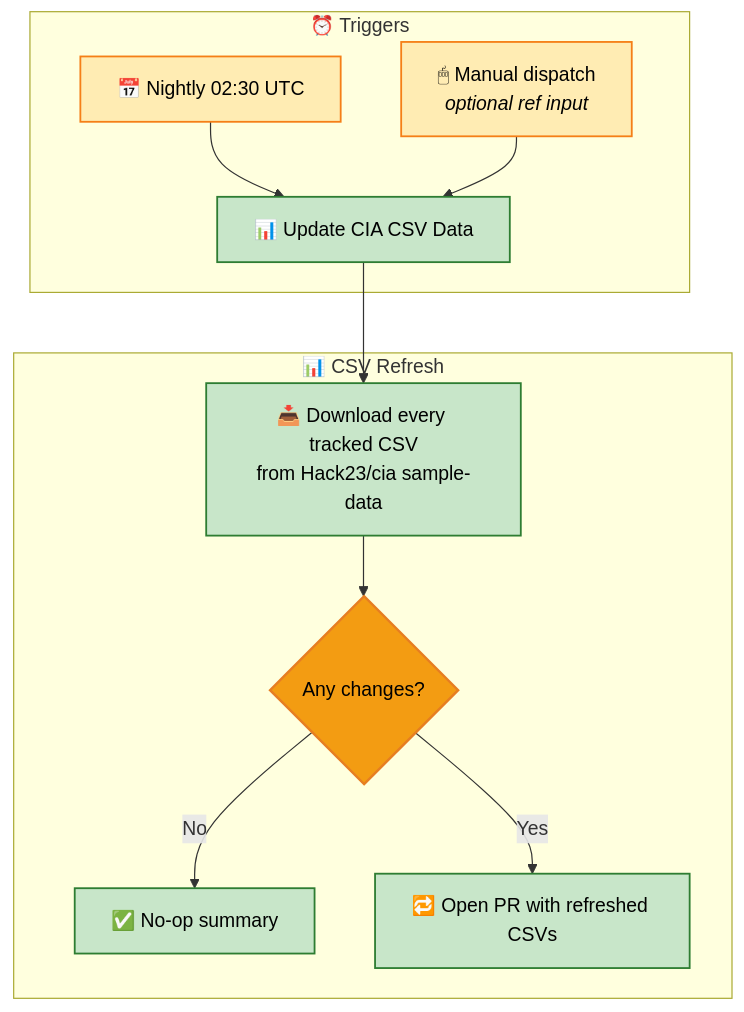
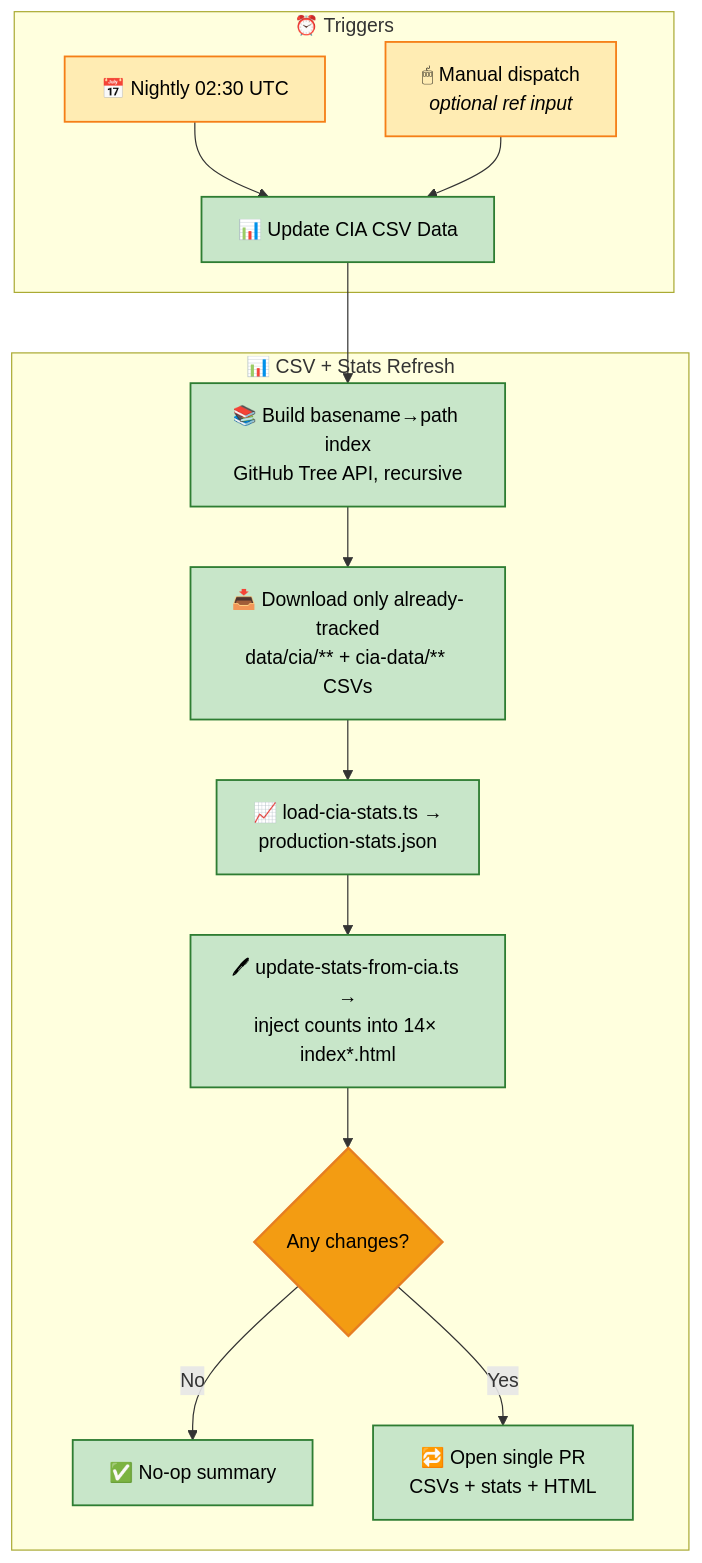
Before and after one commit to Hack23/riksdagsmonitor: the ninth of 13 diagrams in WORKFLOWS.md, drawn with Mermaid. The commit also changed other lines of this file and 2 other files, not shown here.

Commit message:
workflow(cia): recursive upstream index + stats refresh; fix docs
Agent-Logs-Url: https://github.com/Hack23/riksdagsmonitor/sessions/721241c4-d5d4-45e3-9f15-1af6ede13096

````diff
--- a/WORKFLOWS.md
+++ b/WORKFLOWS.md
@@ -661,22 +661,25 @@
 ```mermaid
 flowchart TD
     subgraph "⏰ Triggers"
         Nightly[📅 Nightly 02:30 UTC] --> Refresh[📊 Update CIA CSV Data]
         Manual[🖱 Manual dispatch<br/><i>optional ref input</i>] --> Refresh
     end
 
-    subgraph "📊 CSV Refresh"
-        Refresh --> Download[📥 Download every tracked CSV<br/>from Hack23/cia sample-data]
-        Download --> Diff{Any changes?}
+    subgraph "📊 CSV + Stats Refresh"
+        Refresh --> TreeIdx[📚 Build basename→path index<br/>GitHub Tree API, recursive]
+        TreeIdx --> Download[📥 Download only already-tracked<br/>data/cia/** + cia-data/** CSVs]
+        Download --> Stats[📈 load-cia-stats.ts →<br/>production-stats.json]
+        Stats --> Inject[🖊 update-stats-from-cia.ts →<br/>inject counts into 14× index*.html]
+        Inject --> Diff{Any changes?}
         Diff -->|No| NoOp[✅ No-op summary]
-        Diff -->|Yes| AutoPR[🔁 Open PR with refreshed CSVs]
+        Diff -->|Yes| AutoPR[🔁 Open single PR<br/>CSVs + stats + HTML]
     end
 
     classDef schedule fill:#ffecb3,stroke:#f57f17,stroke-width:1.5px,color:black
     classDef pipeline fill:#c8e6c9,stroke:#2e7d32,stroke-width:1.5px,color:black
     classDef decision fill:#f39c12,stroke:#e67e22,stroke-width:2px,color:black
 
     class Nightly,Manual schedule
-    class Refresh,Download,AutoPR,NoOp pipeline
+    class Refresh,TreeIdx,Download,Stats,Inject,AutoPR,NoOp pipeline
     class Diff decision
 ```
````
